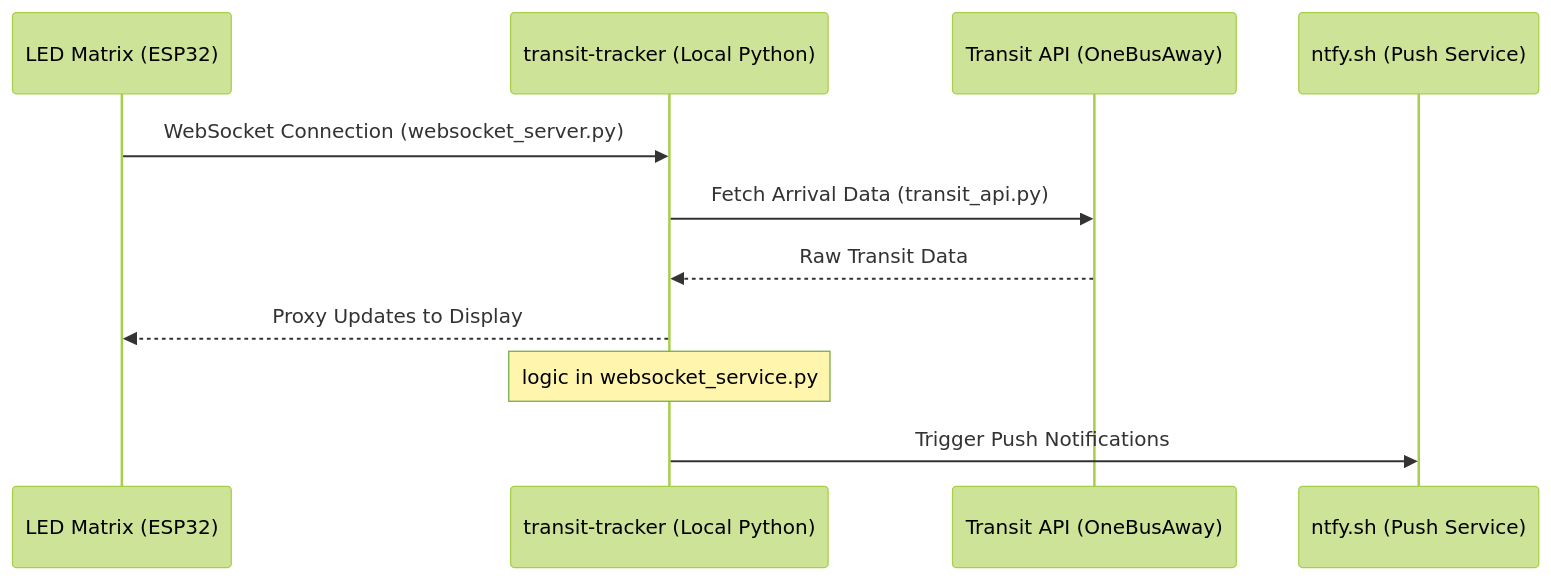
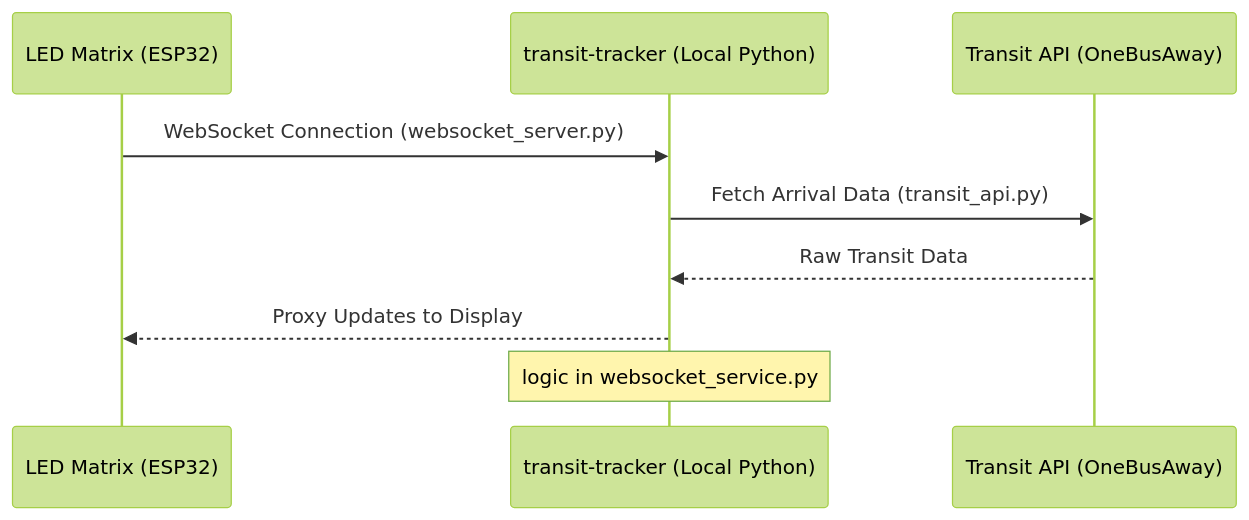
The second of 2 diagrams in README.md (tommyroar/transit-tracker-tui), drawn with Mermaid (forest theme) before and after one commit. The commit also changed other lines of this file and 7 other files, not shown here.

Commit message:
Refactor: Remove ntfy.sh functionality and align local proxy with reference container schema

````diff
--- a/README.md
+++ b/README.md
@@ -34,14 +34,12 @@
 ```mermaid
 sequenceDiagram
     participant HW as LED Matrix (ESP32)
     participant Py as transit-tracker (Local Python)
     participant API as Transit API (OneBusAway)
-    participant NTFY as ntfy.sh (Push Service)
 
     HW->>Py: WebSocket Connection (websocket_server.py)
     Py->>API: Fetch Arrival Data (transit_api.py)
     API-->>Py: Raw Transit Data
     Py-->>HW: Proxy Updates to Display
     Note over Py: logic in websocket_service.py
-    Py->>NTFY: Trigger Push Notifications
 ```
````
